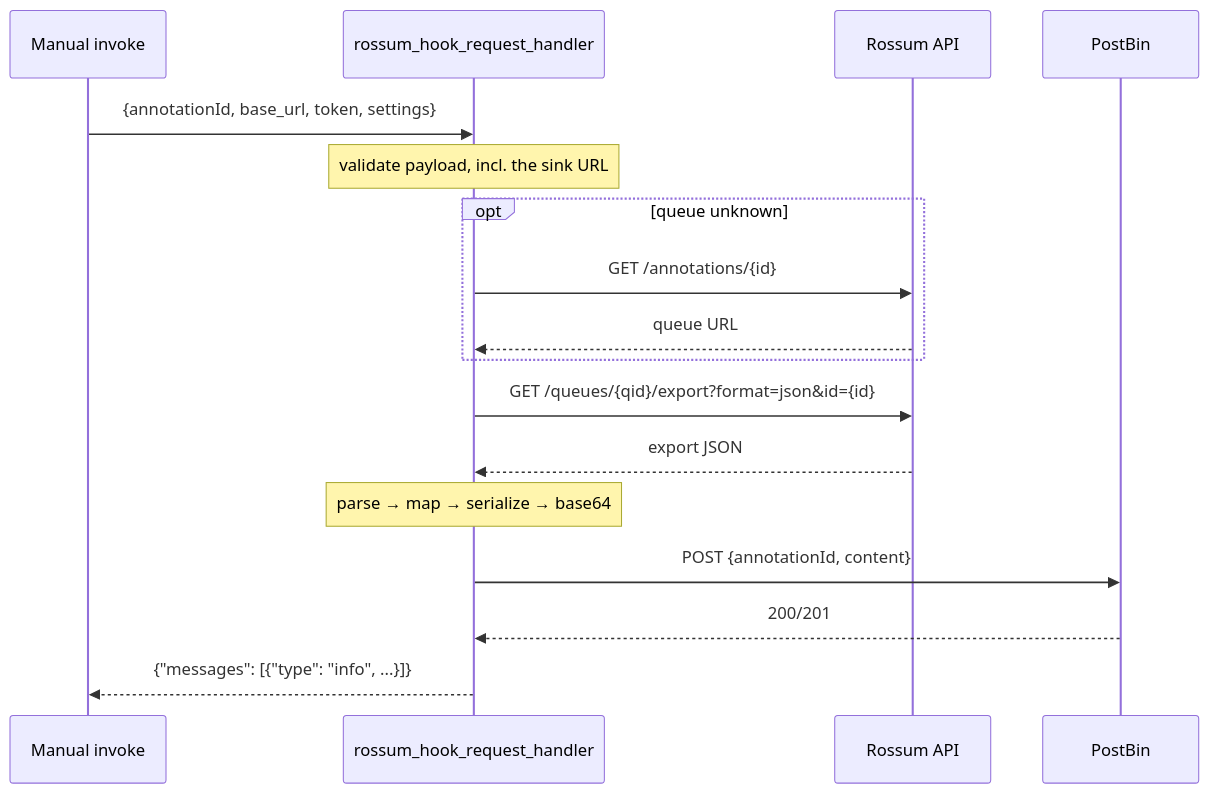
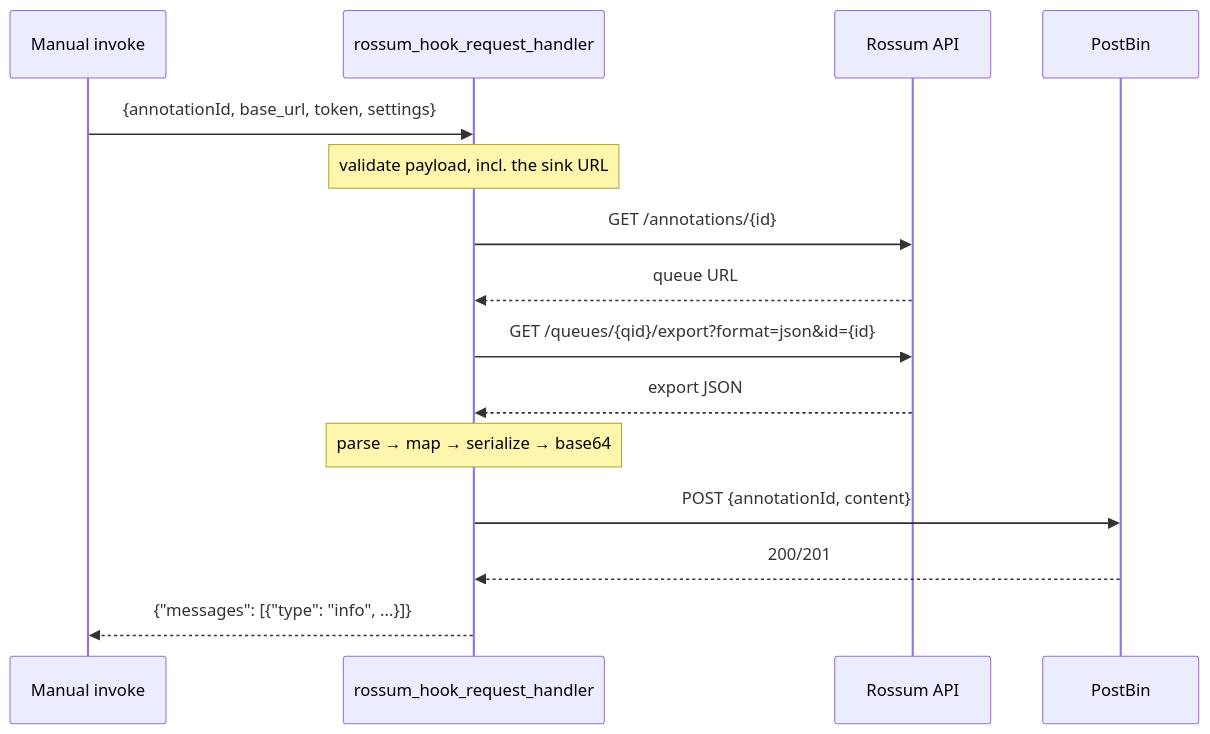
Before and after one commit to PetrJanousek/rossum-task: the diagram in README.md, drawn with Mermaid. The commit also changed other lines of this file and 3 other files, not shown here.

First line of the commit message:
Simplify hook: single queue-lookup path, drop redirect refusal and schema_overrides

````diff
--- a/README.md
+++ b/README.md
@@ -17,20 +17,18 @@
 ```mermaid
 sequenceDiagram
     participant U as Manual invoke
     participant H as rossum_hook_request_handler
     participant R as Rossum API
     participant P as PostBin
 
     U->>H: {annotationId, base_url, token, settings}
     Note over H: validate payload, incl. the sink URL
-    opt queue unknown
-        H->>R: GET /annotations/{id}
-        R-->>H: queue URL
-    end
+    H->>R: GET /annotations/{id}
+    R-->>H: queue URL
     H->>R: GET /queues/{qid}/export?format=json&id={id}
     R-->>H: export JSON
     Note over H: parse → map → serialize → base64
     H->>P: POST {annotationId, content}
     P-->>H: 200/201
     H-->>U: {"messages": [{"type": "info", ...}]}
 ```
````
